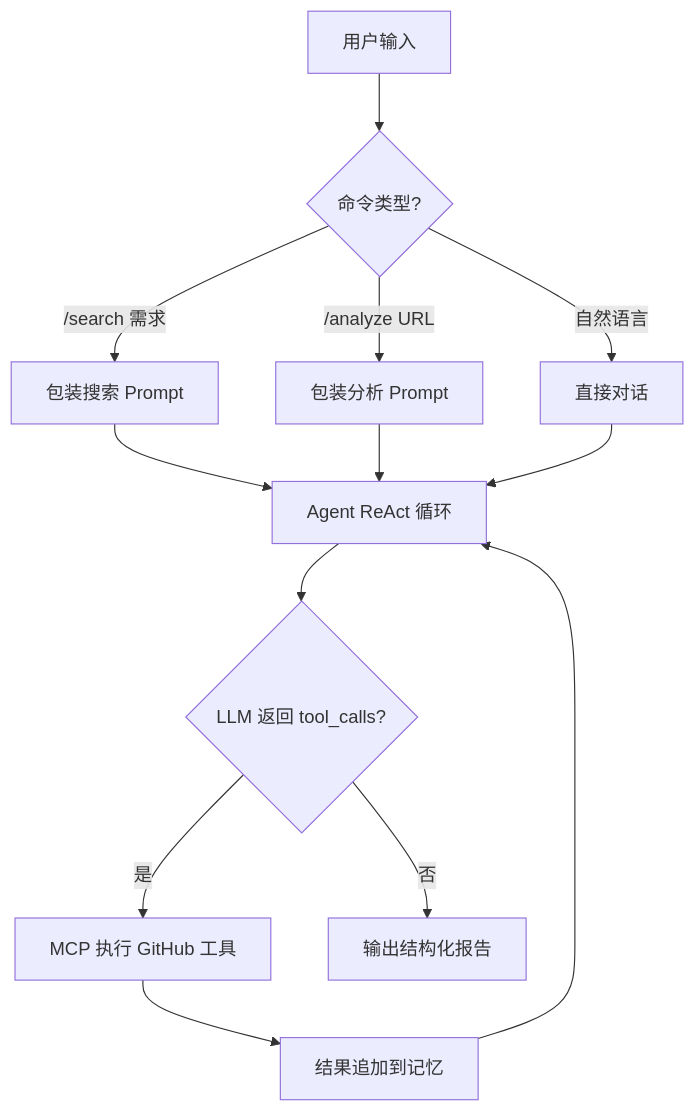
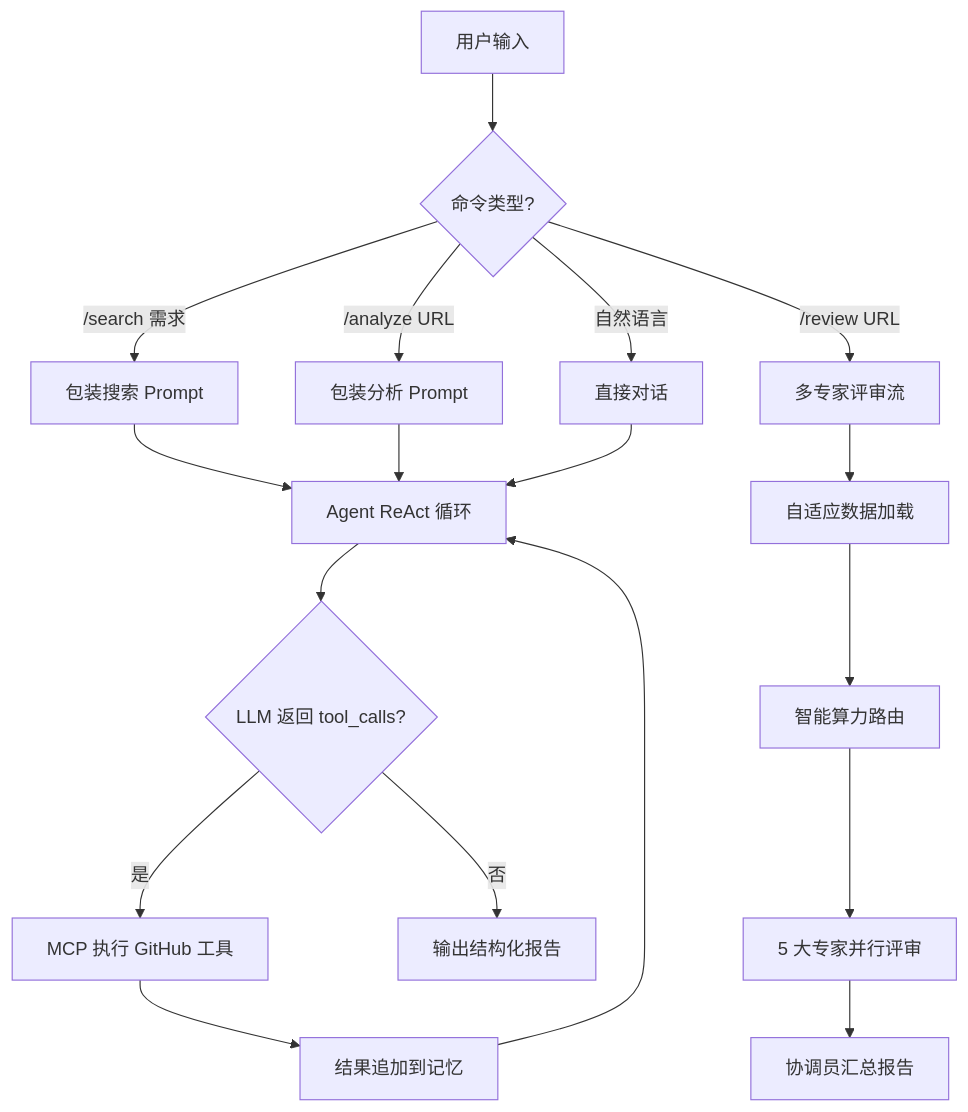
Before and after one commit to voodooq/github-agent: the diagram in README.md, drawn with Mermaid. The commit also changed other lines of this file and 3 other files, not shown here.

Commit message:
feat: upgrade to multi-agent hybrid architecture with independent memory management

````diff
--- a/README.md
+++ b/README.md
@@ -15,15 +15,21 @@
 ```mermaid
 flowchart TD
     A[用户输入] --> B{命令类型?}
     B -->|/search 需求| C[包装搜索 Prompt]
     B -->|/analyze URL| D[包装分析 Prompt]
+    B -->|/review URL| R[多专家评审流]
     B -->|自然语言| E[直接对话]
     C --> F[Agent ReAct 循环]
     D --> F
     E --> F
     F --> G{LLM 返回 tool_calls?}
     G -->|是| H[MCP 执行 GitHub 工具]
     H --> I[结果追加到记忆]
     I --> F
     G -->|否| J[输出结构化报告]
+
+    R --> R1[自适应数据加载]
+    R1 --> R2[智能算力路由]
+    R2 --> R3[5 大专家并行评审]
+    R3 --> R4[协调员汇总报告]
 ```
````
